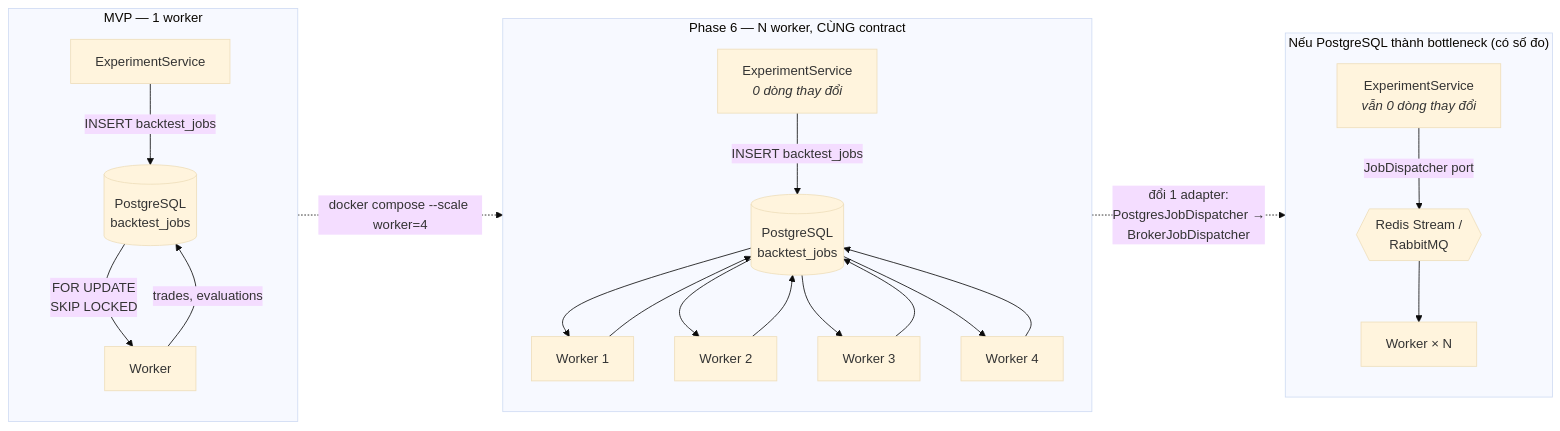
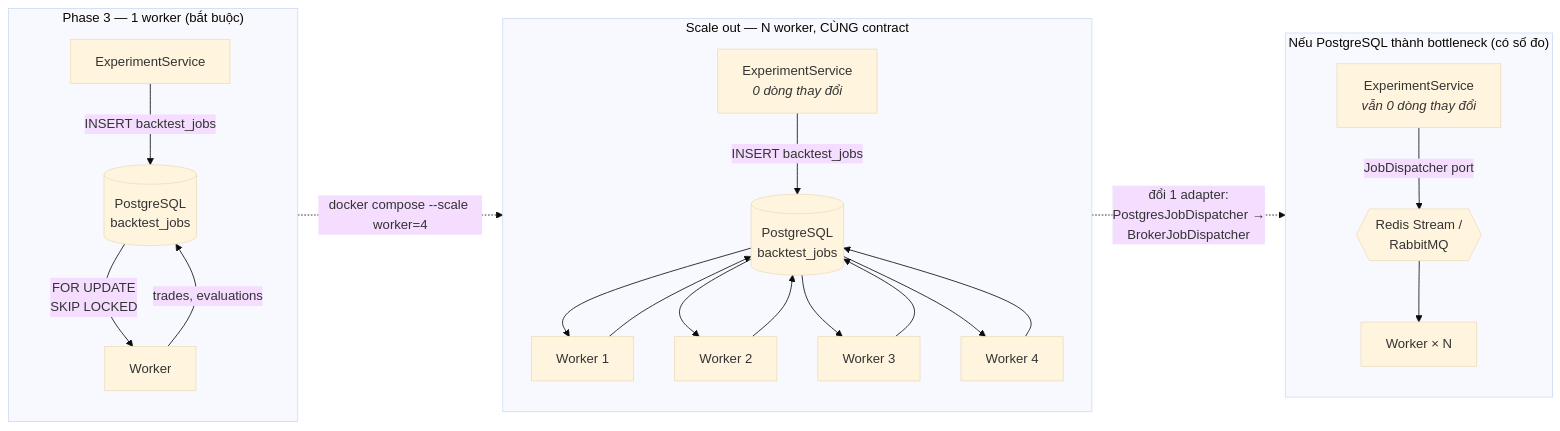
Diagram 15 of 15 in blueprint/design.md (EnsoTech-Studio/CryptoBot), drawn with Mermaid (base theme) before and after one commit. The commit also changed other lines of this file and 72 other files, not shown here.

First line of the commit message:
docs(blueprint): resolve architecture review findings

````diff
--- a/blueprint/design.md
+++ b/blueprint/design.md
@@ -1969,28 +2411,28 @@
 ```mermaid
 flowchart LR
-    subgraph Now["MVP — 1 worker"]
+    subgraph Now["Phase 3 — 1 worker (bắt buộc)"]
         E1["ExperimentService"] -->|"INSERT backtest_jobs"| Q1[("PostgreSQL<br/>backtest_jobs")]
         Q1 -->|"FOR UPDATE<br/>SKIP LOCKED"| W1["Worker"]
         W1 -->|"trades, evaluations"| Q1
     end
 
-    subgraph Phase6["Phase 6 — N worker, CÙNG contract"]
+    subgraph ScaleOut["Scale out — N worker, CÙNG contract"]
         E2["ExperimentService<br/><i>0 dòng thay đổi</i>"] -->|"INSERT backtest_jobs"| Q2[("PostgreSQL<br/>backtest_jobs")]
         Q2 --> WA["Worker 1"]
         Q2 --> WB["Worker 2"]
         Q2 --> WC["Worker 3"]
         Q2 --> WD["Worker 4"]
         WA --> Q2
         WB --> Q2
         WC --> Q2
         WD --> Q2
     end
 
     subgraph Later["Nếu PostgreSQL thành bottleneck (có số đo)"]
         E3["ExperimentService<br/><i>vẫn 0 dòng thay đổi</i>"] -->|"JobDispatcher port"| BR{{"Redis Stream /<br/>RabbitMQ"}}
         BR --> WW["Worker × N"]
     end
 
-    Now -.->|"docker compose --scale worker=4"| Phase6
-    Phase6 -.->|"đổi 1 adapter:<br/>PostgresJobDispatcher →<br/>BrokerJobDispatcher"| Later
+    Now -.->|"docker compose --scale worker=4"| ScaleOut
+    ScaleOut -.->|"đổi 1 adapter:<br/>PostgresJobDispatcher →<br/>BrokerJobDispatcher"| Later
 ```
````
